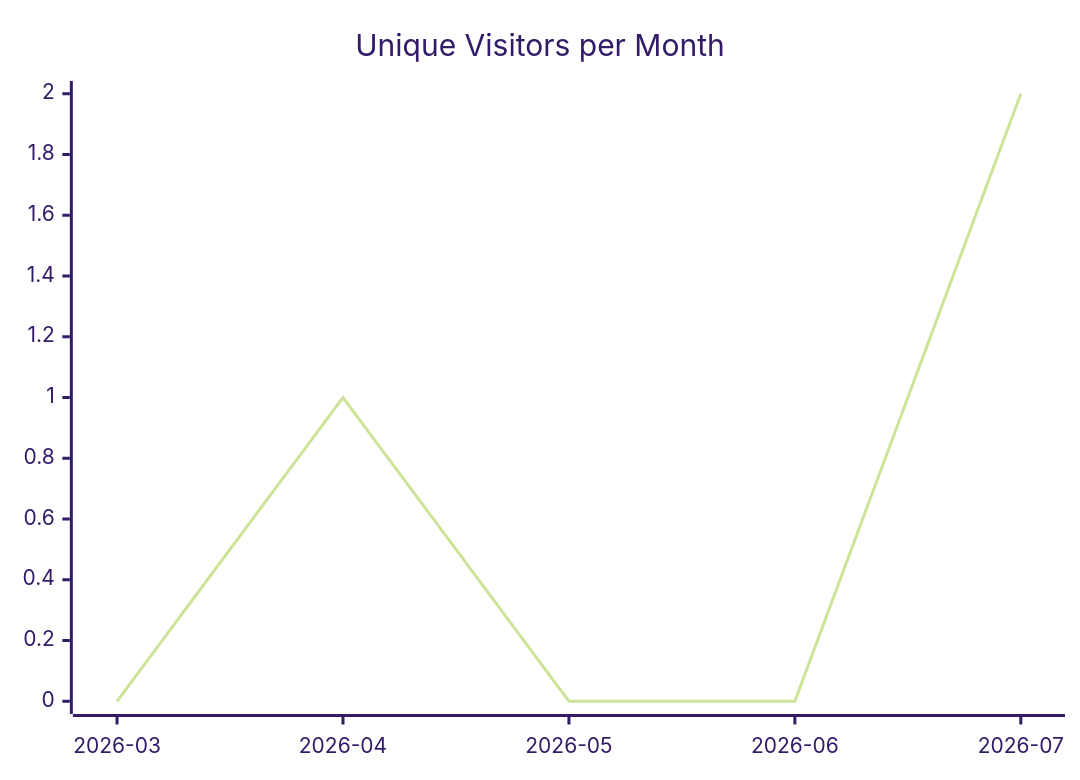
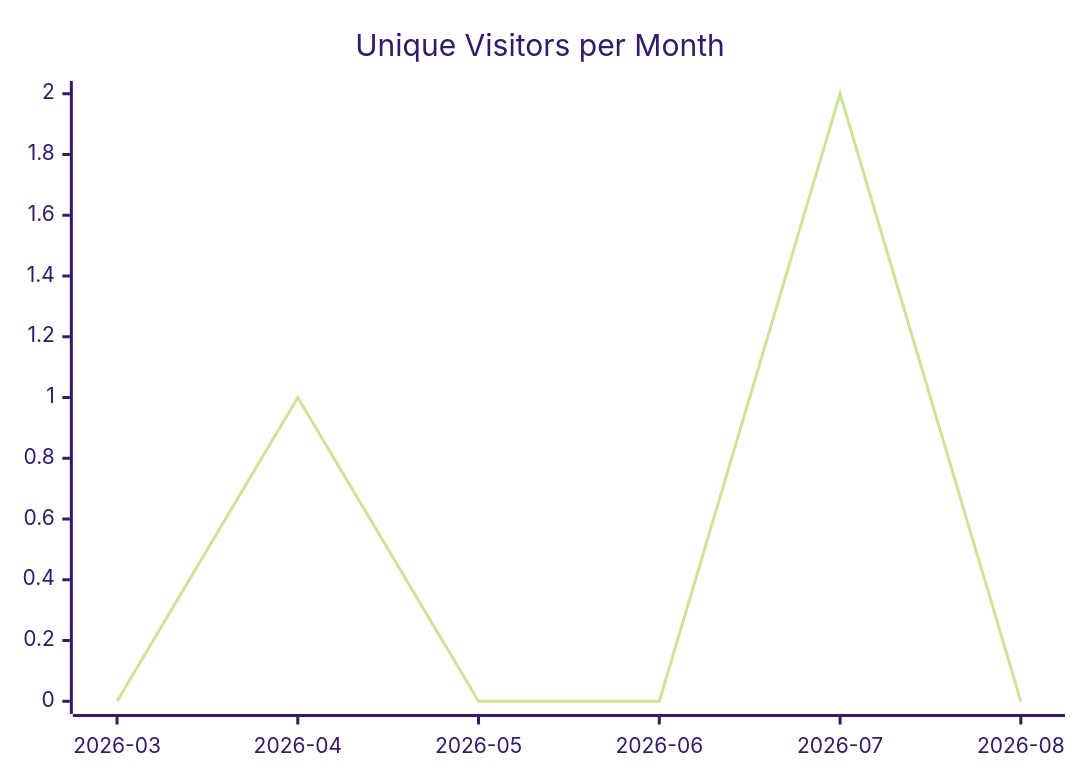
Before and after one commit to justdavis-family/github-analytics-data: the first of 3 diagrams in justdavis-family/github-analytics-data/README.md, drawn with Mermaid (forest theme). The commit also changed other lines of this file and 184 other files, not shown here.

````diff
--- a/justdavis-family/github-analytics-data/README.md
+++ b/justdavis-family/github-analytics-data/README.md
@@ -5,6 +5,6 @@
 ```mermaid
 xychart-beta
   title "Unique Visitors per Month"
-  x-axis ["2026-03", "2026-04", "2026-05", "2026-06", "2026-07"]
-  line [0, 1, 0, 0, 2]
+  x-axis ["2026-03", "2026-04", "2026-05", "2026-06", "2026-07", "2026-08"]
+  line [0, 1, 0, 0, 2, 0]
 ```
````
